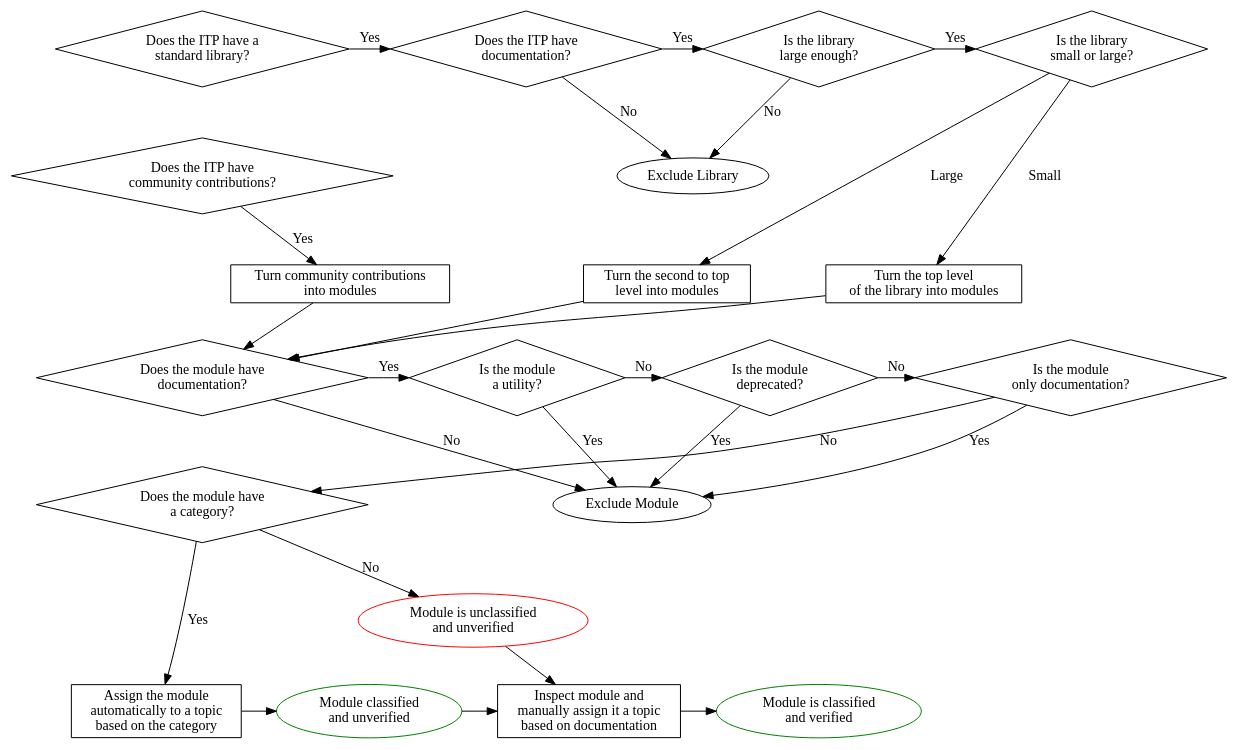
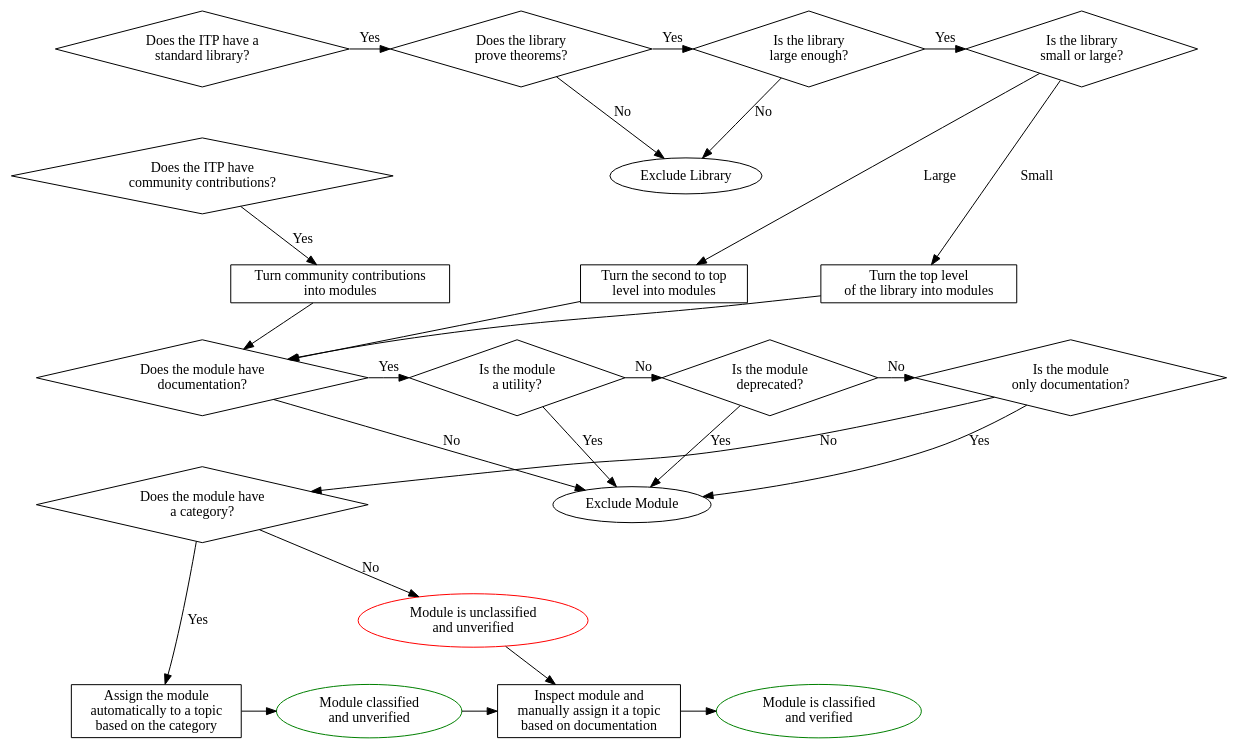
Before and after one commit to Hazelfire/thesis: the diagram in summary.dot, drawn with Graphviz. The commit also changed 64 other files, not shown here.

```diff
--- a/summary.dot
+++ b/summary.dot
@@ -1,166 +1,167 @@
 digraph G {
   node [fontname = "Handlee"];
   edge [fontname = "Handlee"];
 
   splines=true;
   hasLibrary [
     label = "Does the ITP have a\n standard library?";
     shape = diamond;    
     group=g1;
   ];
   
   libraryHasDocumentation [
-    label = "Does the ITP have\n documentation?";
+    label = "Does the library\n prove theorems?";
     shape = diamond;    
   ];
   
   libraryBigEnough [
     label = "Is the library\n large enough?";
     shape = diamond;    
   ];
+
   excludeLibrary [
     label = "Exclude Library";
     shape = oval;    
   ];
   librarySize [
     label = "Is the library\n small or large?";
     shape = diamond;    
   ];
   
   topLevel [
     label = "Turn the top level\n of the library into modules";
     shape = rect;   
   ];
   
   secondLevel [
     label = "Turn the second to top\n level into modules";
     shape = rect;   
   ];
   
   hasCommunity [
     label = "Does the ITP have\ncommunity contributions?";
     shape = diamond;    
     group=g1;
   ];
   
   communityToModules [
     label = "Turn community contributions\ninto modules";
     shape = rect;   
   ];
   
   moduleDocumentation [
     label = "Does the module have\ndocumentation?";
     shape = diamond;   
     group=g1;
   ];
   
   moduleDepr [
     label = "Is the module\ndeprecated?";
     shape = diamond;   
   ];
   
   moduleOnlyDoc [
     label = "Is the module\nonly documentation?";
     shape = diamond;   
   ];
   
   moduleUtility [
     label = "Is the module\na utility?";
     shape = diamond;   
   ];
   
   moduleCategory [
     label = "Does the module have\na category?";
     shape = diamond;   
     group=g1;
   ];
   
   excludeModule [
     label = "Exclude Module";
     shape = oval;    
   ];
   
   autoAssign [
     label= "Assign the module\nautomatically to a topic\nbased on the category";
     shape=rect;
     group=g1;
   ];
   
   unverified [
     label= "Module classified\n and unverified";
     shape=oval;
     color=green;
   ];
   
   unclassified [
     label= "Module is unclassified\n and unverified";
     shape=oval;
     color=red;
   ];
   
   manualAssign [
       label="Inspect module and\nmanually assign it a topic\nbased on documentation";
       shape=rect;
   ];
   
   classified [
     label= "Module is classified\n and verified";
     shape=oval;
     color=green;
   ];
   
   
   
   hasLibrary -> libraryHasDocumentation [ label="Yes" ];
   libraryHasDocumentation -> libraryBigEnough [ label="Yes" ];
   libraryHasDocumentation -> excludeLibrary [ label="No"];
   libraryBigEnough -> excludeLibrary [ label="No"];
   libraryBigEnough -> librarySize [ label="Yes"];
   librarySize -> topLevel [label="Small"];
   librarySize -> secondLevel [label="Large"];
   hasCommunity -> communityToModules [label="Yes"];
   
   topLevel -> moduleDocumentation;
   secondLevel -> moduleDocumentation;
   communityToModules -> moduleDocumentation;
   moduleDocumentation -> moduleUtility [label="Yes"];
   moduleUtility -> moduleDepr [label="No"];
   moduleDepr -> moduleOnlyDoc [label="No"];
   moduleOnlyDoc -> moduleCategory [label="No"];
   
   moduleDocumentation -> excludeModule [label="No"];
   moduleUtility -> excludeModule [ label="Yes"];
   moduleDepr -> excludeModule[ label="Yes"];
   moduleOnlyDoc -> excludeModule[label="Yes"];
   
   moduleCategory -> autoAssign [label="Yes"];
   autoAssign -> unverified;
   moduleCategory -> unclassified [label="No"];
   unverified -> manualAssign;
   manualAssign -> classified;
   unclassified -> manualAssign;
   
   
   edge[style=invis];
   hasLibrary -> hasCommunity -> moduleDocumentation -> moduleCategory -> autoAssign;
 
   {
       rank=same;
       hasLibrary; libraryHasDocumentation; libraryBigEnough;librarySize;
   }
   {
       rank=same;
       topLevel; secondLevel; communityToModules;
   }
   
   
   {
       rank=same;
       moduleDocumentation;moduleUtility;moduleDepr;moduleOnlyDoc
   }
   {
       rank=same;
       autoAssign;manualAssign;unverified;classified
   }
 
 }
```
